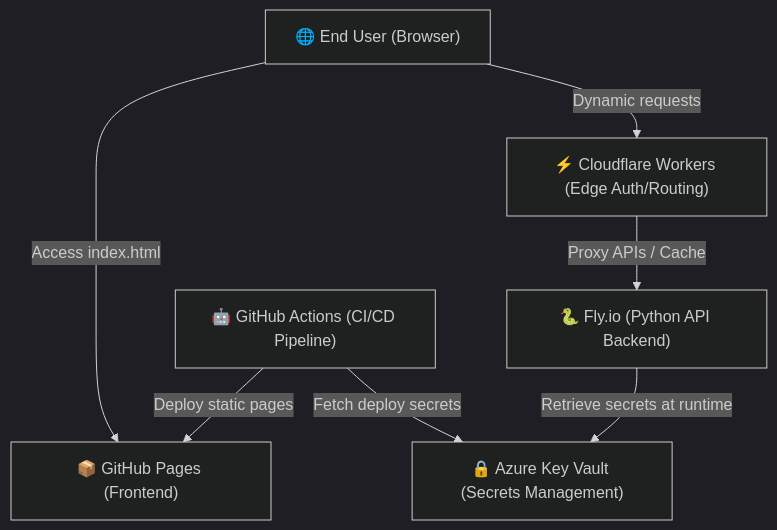
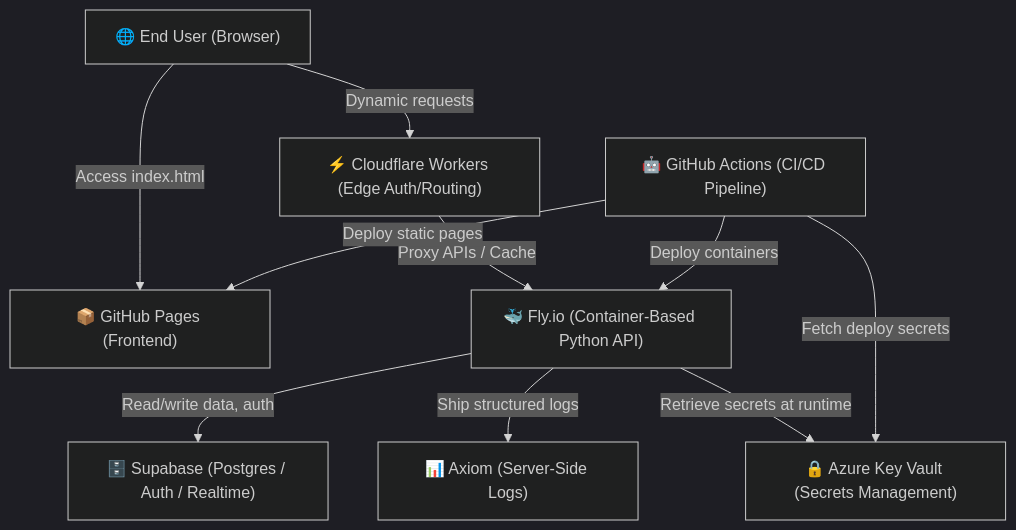
Before and after one commit to rifaterdemsahin/delivery-pilot-template: the diagram in 2_Environment/architecture.md, drawn with Mermaid (dark theme). The commit also changed other lines of this file and 13 other files, not shown here.

First line of the commit message:
feat: add Axiom (logs), Supabase (db), Fly.io (deploys) tools + tools overview + init questionnaire

````diff
--- a/2_Environment/architecture.md
+++ b/2_Environment/architecture.md
@@ -12,17 +12,22 @@
 ```mermaid
 graph TD
     User["🌐 End User (Browser)"]
     GitHubPages["📦 GitHub Pages (Frontend)"]
     CloudflareWorkers["⚡ Cloudflare Workers (Edge Auth/Routing)"]
-    FlyIO["🐍 Fly.io (Python API Backend)"]
+    FlyIO["🐳 Fly.io (Container-Based Python API)"]
+    Supabase["🗄️ Supabase (Postgres / Auth / Realtime)"]
+    Axiom["📊 Axiom (Server-Side Logs)"]
     AzureKeyVault["🔒 Azure Key Vault (Secrets Management)"]
     GitHubActions["🤖 GitHub Actions (CI/CD Pipeline)"]
 
     User -->|Access index.html| GitHubPages
     User -->|Dynamic requests| CloudflareWorkers
     CloudflareWorkers -->|Proxy APIs / Cache| FlyIO
+    FlyIO -->|Read/write data, auth| Supabase
+    FlyIO -->|Ship structured logs| Axiom
     FlyIO -->|Retrieve secrets at runtime| AzureKeyVault
-    
+
     GitHubActions -->|Deploy static pages| GitHubPages
+    GitHubActions -->|Deploy containers| FlyIO
     GitHubActions -->|Fetch deploy secrets| AzureKeyVault
 ```
````
